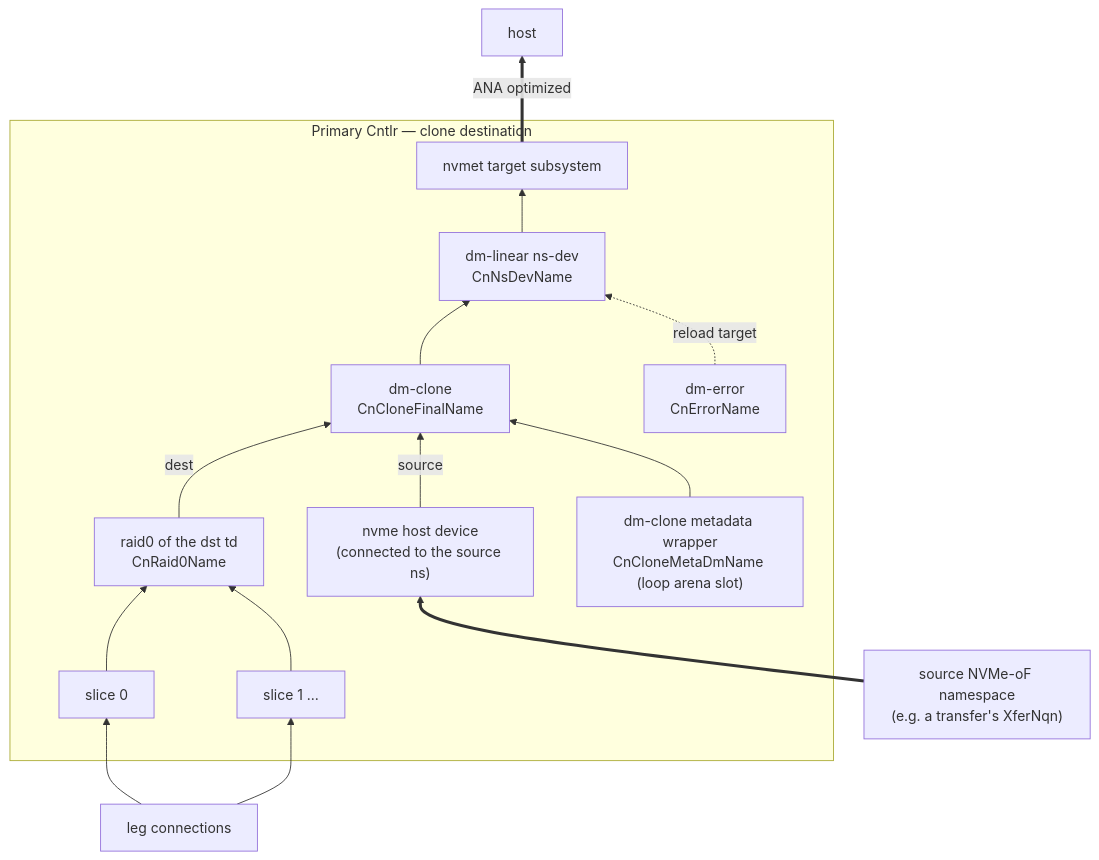
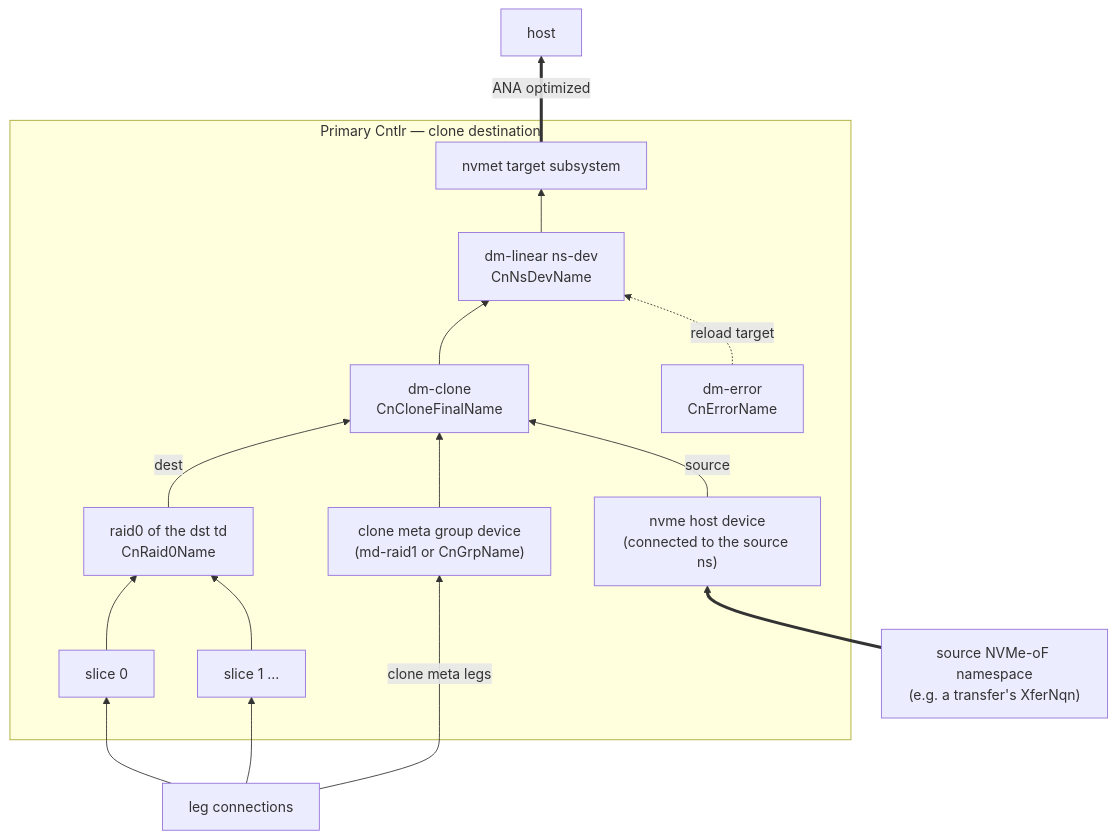
Before and after one commit to distributed-nvme/distributed-nvme: the ninth of 11 diagrams in doc/architecture.md, drawn with Mermaid. The commit also changed other lines of this file and 69 other files, not shown here.

````diff
--- a/doc/architecture.md
+++ b/doc/architecture.md
@@ -2817,26 +2837,27 @@
 ```mermaid
 flowchart BT
     subgraph pc["Primary Cntlr — clone destination"]
         SL0["slice 0"]
         SL1["slice 1 …"]
         R["raid0 of the dst td<br/>CnRaid0Name"]
-        MLV["dm-clone metadata wrapper<br/>CnCloneMetaDmName (loop arena slot)"]
+        MLV["clone meta group device<br/>(md-raid1 or CnGrpName)"]
         SRC["nvme host device<br/>(connected to the source ns)"]
         DC["dm-clone<br/>CnCloneFinalName"]
         NS["dm-linear ns-dev<br/>CnNsDevName"]
         T["nvmet target subsystem"]
         E["dm-error<br/>CnErrorName"]
         SL0 --> R
         SL1 --> R
         R -->|"dest"| DC
         SRC -->|"source"| DC
         MLV --> DC
         DC --> NS
         NS --> T
         E -.->|"reload target"| NS
     end
     XS["source NVMe-oF namespace<br/>(e.g. a transfer's XferNqn)"] ==> SRC
     T ==>|"ANA optimized"| H["host"]
     G["leg connections"] --> SL0
     G --> SL1
+    G -->|"clone meta legs"| MLV
 ```
````
